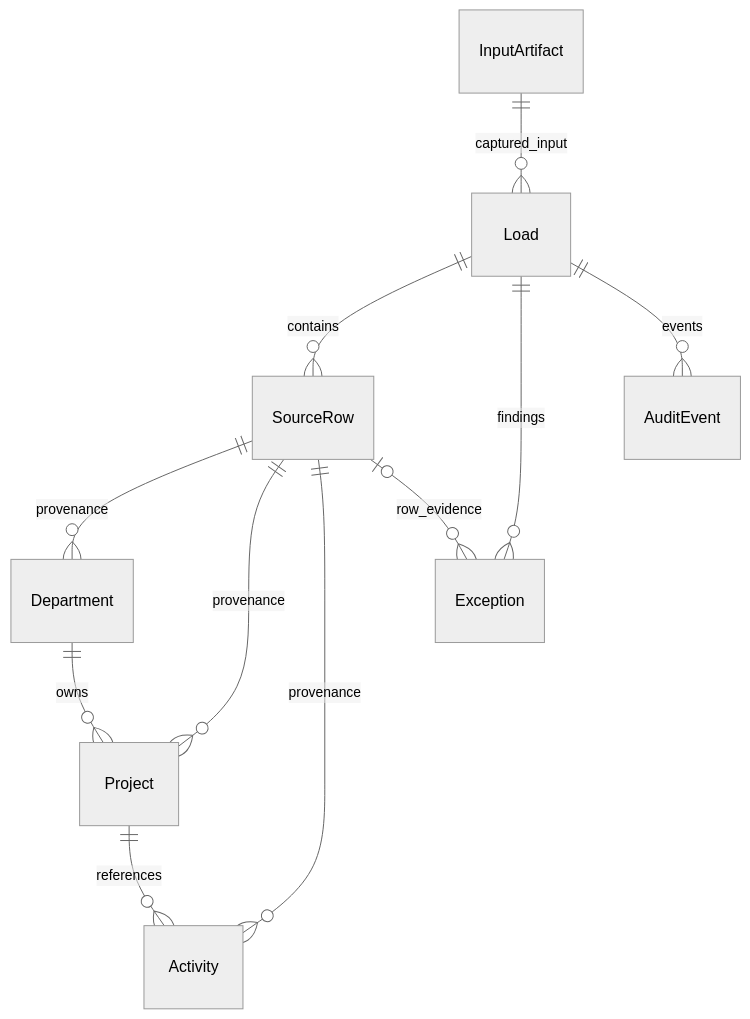
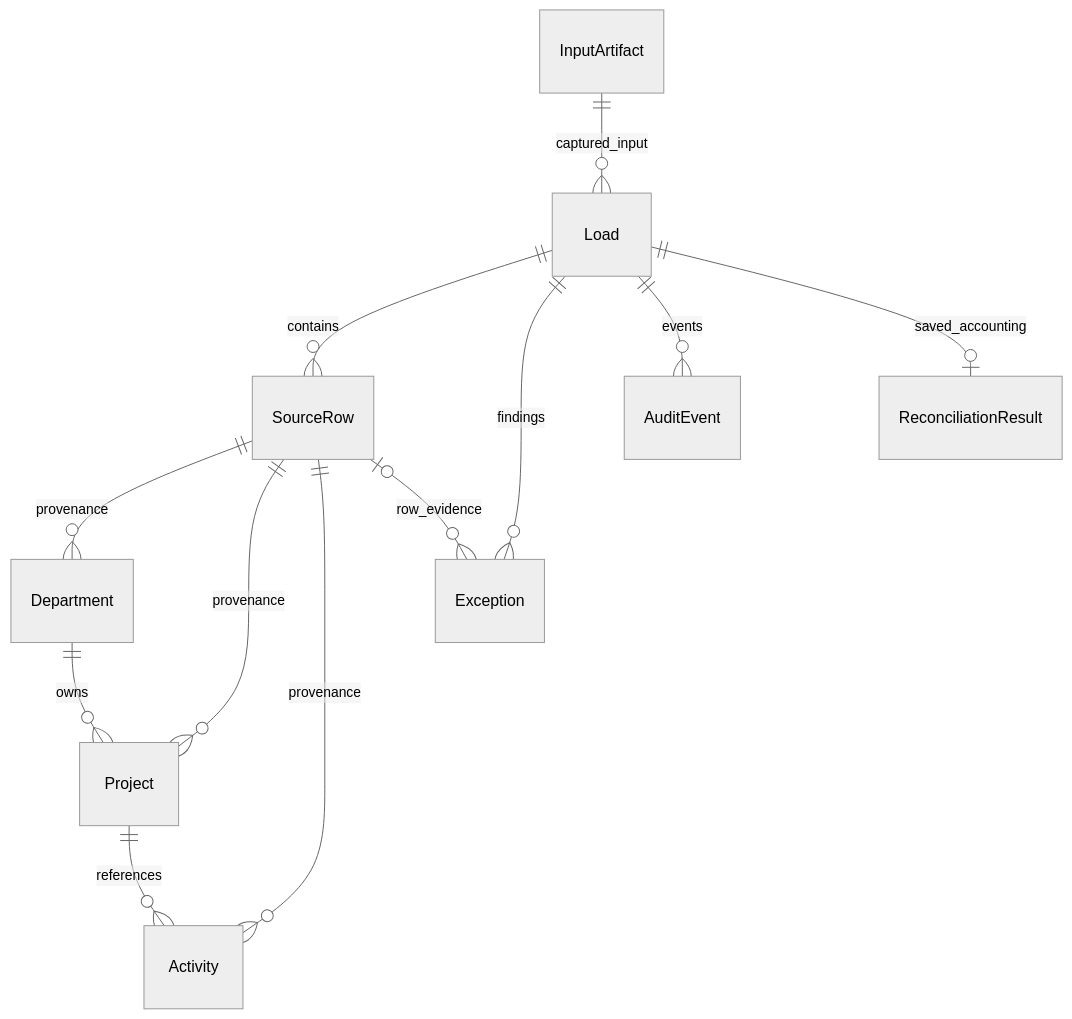
Before and after one commit to BillMath2/data-reconciliation-workbench: the diagram in docs/database-schema.md, drawn with Mermaid (neutral theme). The commit also changed other lines of this file and 32 other files, not shown here.

````diff
--- a/docs/database-schema.md
+++ b/docs/database-schema.md
@@ -22,13 +23,14 @@
 ```mermaid
 erDiagram
     InputArtifact ||--o{ Load : captured_input
     Load ||--o{ SourceRow : contains
     SourceRow ||--o{ Department : provenance
     SourceRow ||--o{ Project : provenance
     SourceRow ||--o{ Activity : provenance
     Department ||--o{ Project : owns
     Project ||--o{ Activity : references
     Load ||--o{ Exception : findings
     SourceRow o|--o{ Exception : row_evidence
     Load ||--o{ AuditEvent : events
+    Load ||--o| ReconciliationResult : saved_accounting
 ```
````
